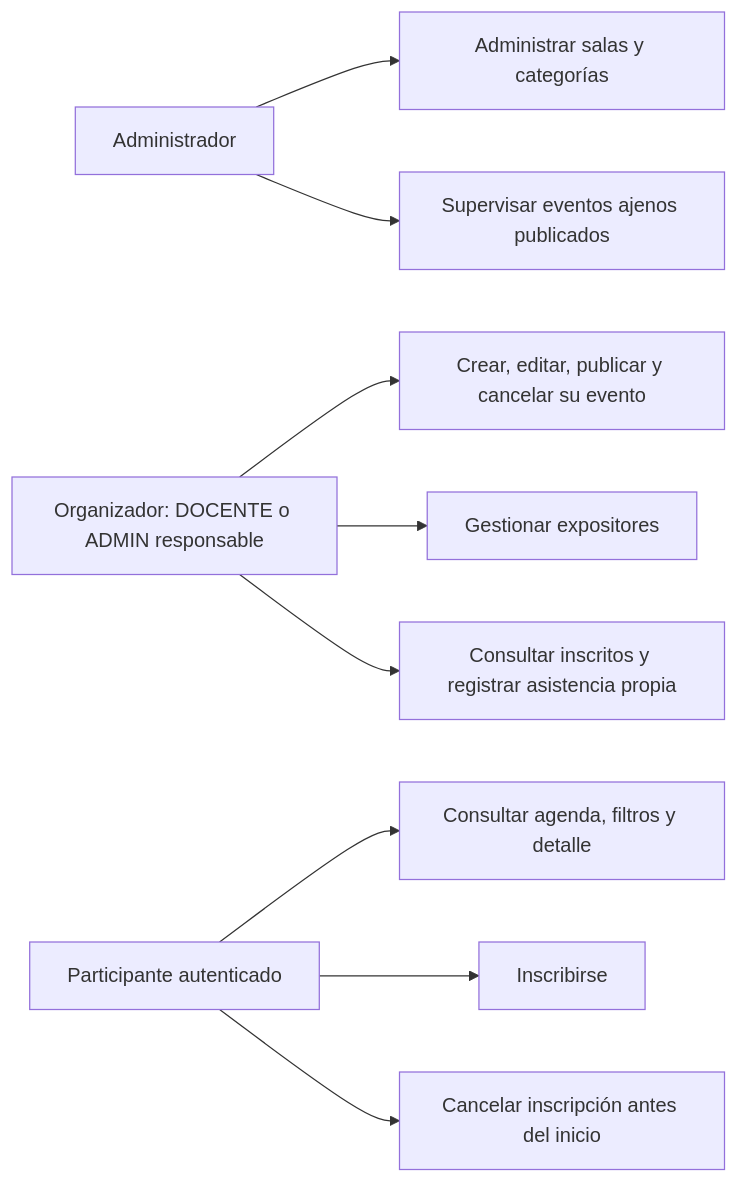
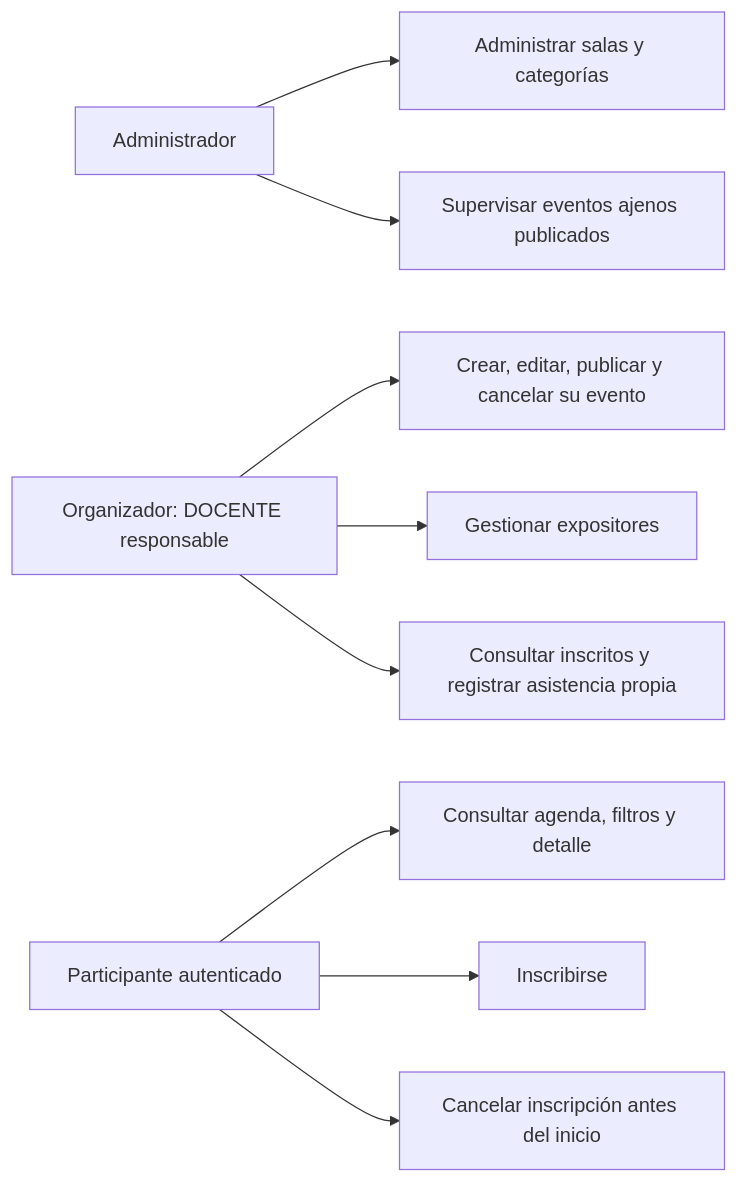
Before and after one commit to IS-LAB-EIC-UCN/sigu_ucn: the first of 6 diagrams in docs/entrega/diagramas.md, drawn with Mermaid. The commit also changed 14 other files, not shown here.

````diff
--- a/docs/entrega/diagramas.md
+++ b/docs/entrega/diagramas.md
@@ -7,11 +7,11 @@
 ```mermaid
 flowchart LR
     A[Administrador] --> S[Administrar salas y categorías]
     A --> V[Supervisar eventos ajenos publicados]
-    O[Organizador: DOCENTE o ADMIN responsable] --> E[Crear, editar, publicar y cancelar su evento]
+    O[Organizador: DOCENTE responsable] --> E[Crear, editar, publicar y cancelar su evento]
     O --> X[Gestionar expositores]
     O --> R[Consultar inscritos y registrar asistencia propia]
     P[Participante autenticado] --> C[Consultar agenda, filtros y detalle]
     P --> I[Inscribirse]
     P --> N[Cancelar inscripción antes del inicio]
 ```
````
